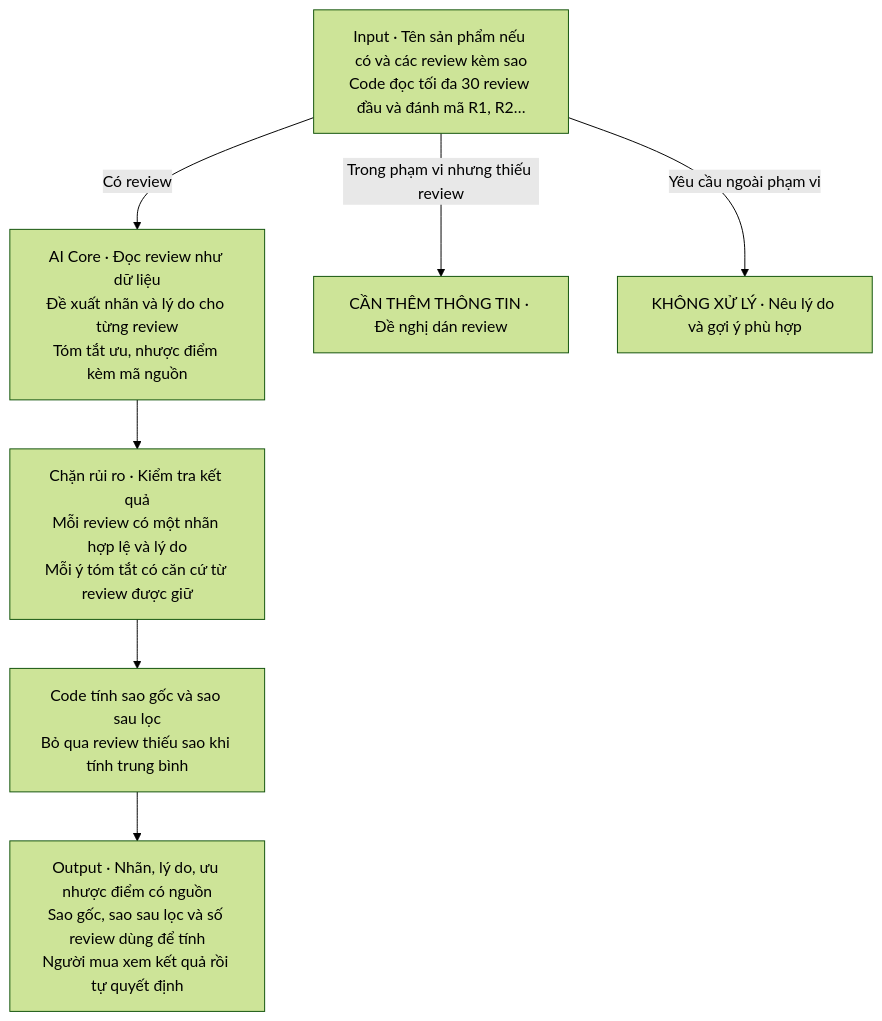
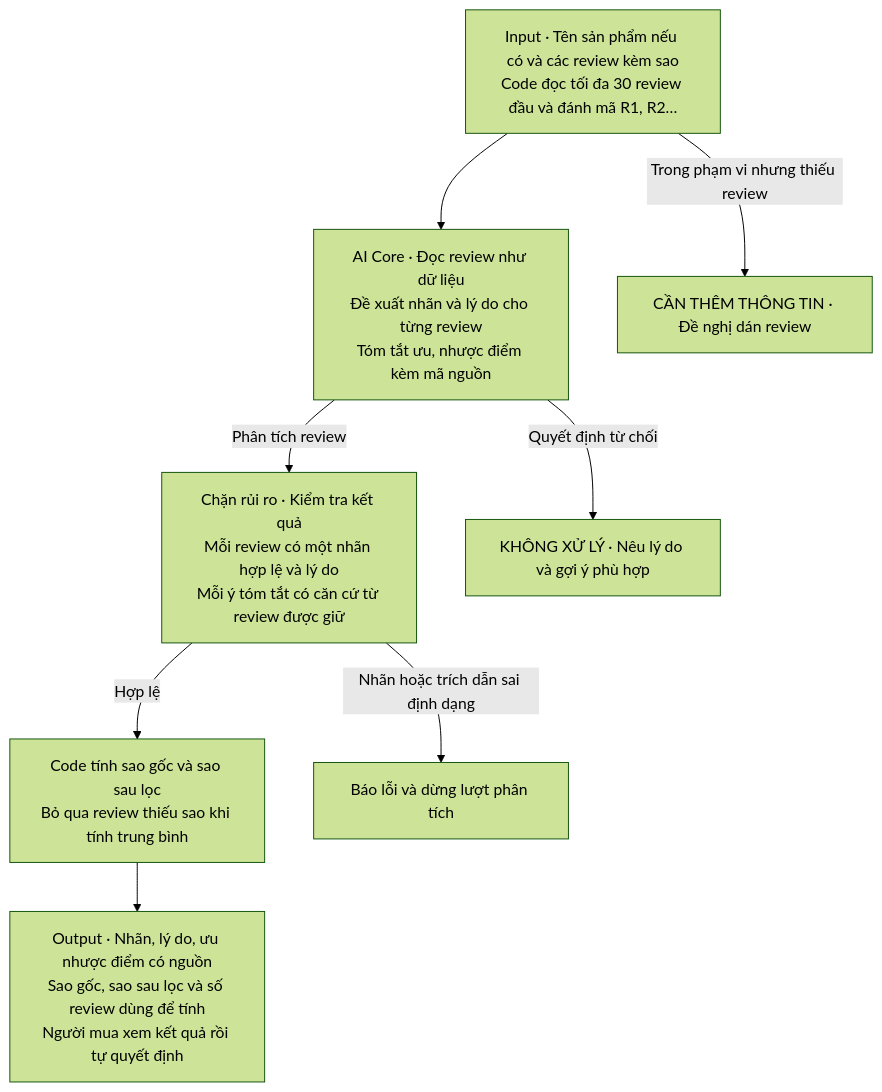
One commit to baonvt/K5-Day15-L3A-TuKySyKhaiHuyen changed the diagram in spec.md. Above: the diagram before and after it, drawn with Mermaid (forest theme). The commit also changed other lines of this file and 3 other files, not shown here.

````diff
--- a/spec.md
+++ b/spec.md
@@ -40,11 +43,13 @@
 ```mermaid
 flowchart TD
     I["Input · Tên sản phẩm nếu có và các review kèm sao<br/>Code đọc tối đa 30 review đầu và đánh mã R1, R2…"]
     A["AI Core · Đọc review như dữ liệu<br/>Đề xuất nhãn và lý do cho từng review<br/>Tóm tắt ưu, nhược điểm kèm mã nguồn"]
     G["Chặn rủi ro · Kiểm tra kết quả<br/>Mỗi review có một nhãn hợp lệ và lý do<br/>Mỗi ý tóm tắt có căn cứ từ review được giữ"]
     S["Code tính sao gốc và sao sau lọc<br/>Bỏ qua review thiếu sao khi tính trung bình"]
     O["Output · Nhãn, lý do, ưu nhược điểm có nguồn<br/>Sao gốc, sao sau lọc và số review dùng để tính<br/>Người mua xem kết quả rồi tự quyết định"]
-    I -->|Có review| A --> G --> S --> O
+    I --> A
+    A -->|Phân tích review| G -->|Hợp lệ| S --> O
+    G -->|Nhãn hoặc trích dẫn sai định dạng| E["Báo lỗi và dừng lượt phân tích"]
     I -->|Trong phạm vi nhưng thiếu review| Q["CẦN THÊM THÔNG TIN · Đề nghị dán review"]
-    I -->|Yêu cầu ngoài phạm vi| R["KHÔNG XỬ LÝ · Nêu lý do và gợi ý phù hợp"]
+    A -->|Quyết định từ chối| R["KHÔNG XỬ LÝ · Nêu lý do và gợi ý phù hợp"]
 ```
````
